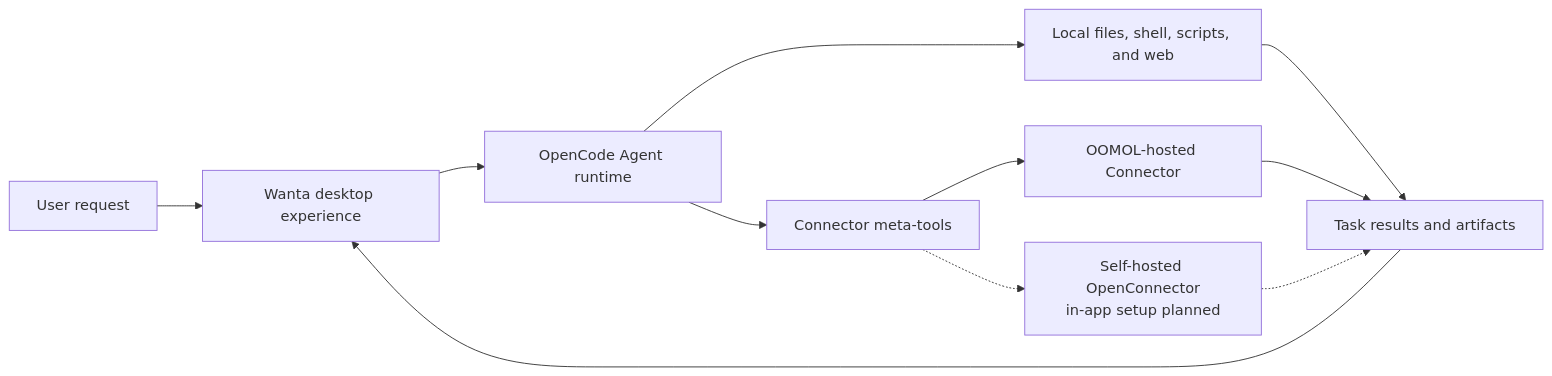
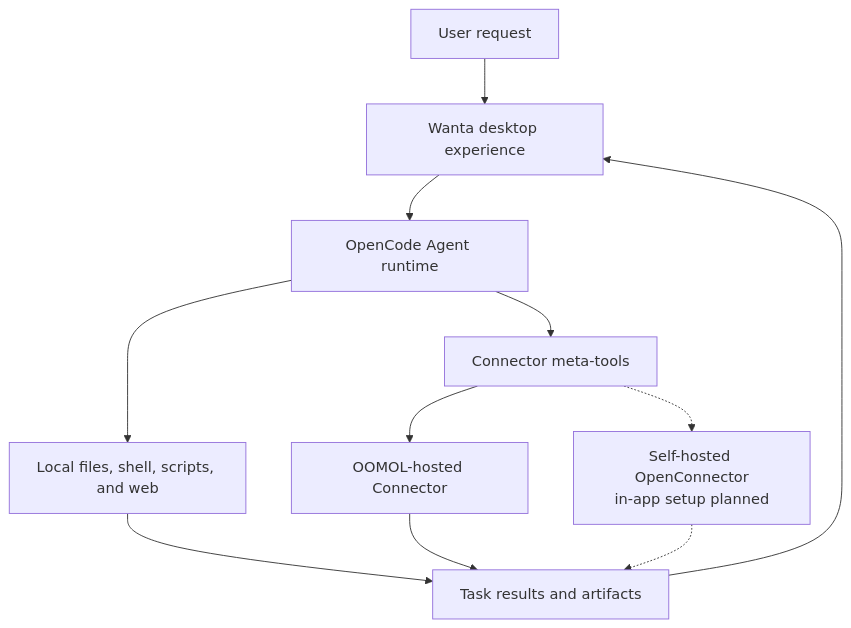
One commit to oomol-lab/wanta changed the diagram in README.md. Above: the diagram before and after it, drawn with Mermaid. The commit also changed 4 other files, not shown here.

Commit message:
docs: avoid Mermaid control overlap

````diff
--- a/README.md
+++ b/README.md
@@ -172,13 +172,13 @@
 ```mermaid
-flowchart LR
+flowchart TB
   User["User request"] --> UI["Wanta desktop experience"]
   UI --> Agent["OpenCode Agent runtime"]
   Agent --> Local["Local files, shell, scripts, and web"]
   Agent --> Link["Connector meta-tools"]
   Link --> Hosted["OOMOL-hosted Connector"]
   Link -.-> SelfHosted["Self-hosted OpenConnector<br/>in-app setup planned"]
   Local --> Result["Task results and artifacts"]
   Hosted --> Result
   SelfHosted -.-> Result
   Result --> UI
 ```
````
